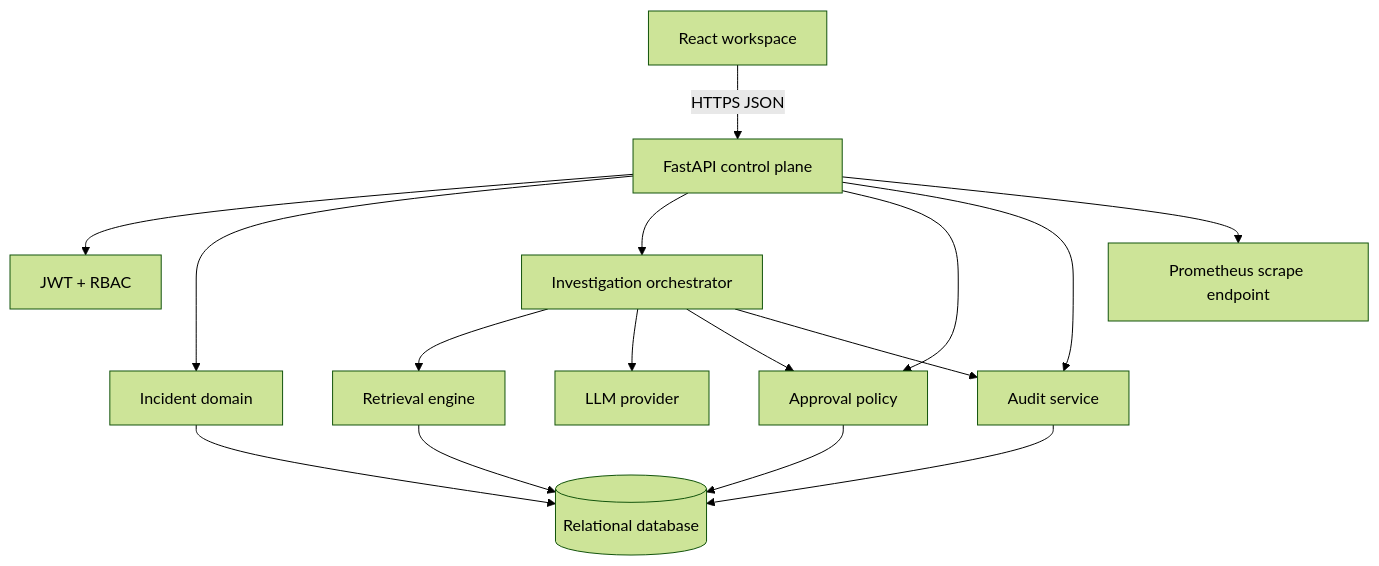
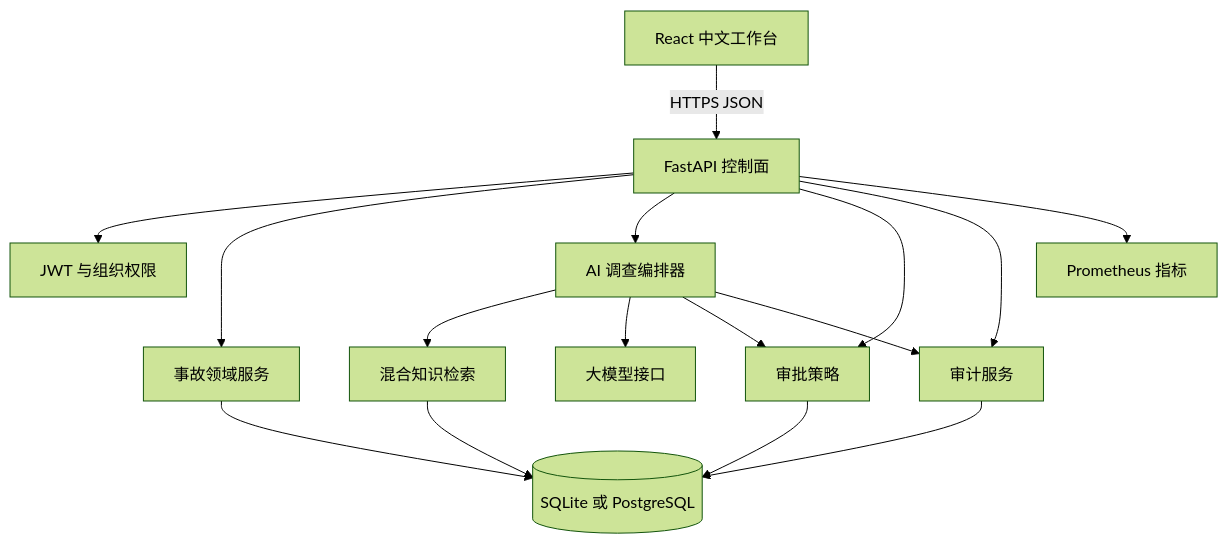
The first of 2 diagrams in docs/ARCHITECTURE.md (VKanee/opsmind-ai), drawn with Mermaid (forest theme) before and after one commit. The commit also changed other lines of this file and 63 other files, not shown here.

````diff
--- a/docs/ARCHITECTURE.md
+++ b/docs/ARCHITECTURE.md
@@ -9,30 +10,30 @@
 ```mermaid
 flowchart TB
-    Browser[React workspace]
-    API[FastAPI control plane]
-    Auth[JWT + RBAC]
-    Incident[Incident domain]
-    Investigation[Investigation orchestrator]
-    Retrieval[Retrieval engine]
-    Provider[LLM provider]
-    Approval[Approval policy]
-    Audit[Audit service]
-    DB[(Relational database)]
-    Metrics[Prometheus scrape endpoint]
+    Browser[React 中文工作台]
+    API[FastAPI 控制面]
+    Auth[JWT 与组织权限]
+    Incident[事故领域服务]
+    Investigation[AI 调查编排器]
+    Retrieval[混合知识检索]
+    Provider[大模型接口]
+    Approval[审批策略]
+    Audit[审计服务]
+    DB[(SQLite 或 PostgreSQL)]
+    Metrics[Prometheus 指标]
 
     Browser -->|HTTPS JSON| API
     API --> Auth
     API --> Incident
     API --> Investigation
     API --> Approval
     API --> Audit
     API --> Metrics
     Investigation --> Retrieval
     Investigation --> Provider
     Investigation --> Approval
     Investigation --> Audit
     Incident --> DB
     Retrieval --> DB
     Approval --> DB
     Audit --> DB
 ```
````
